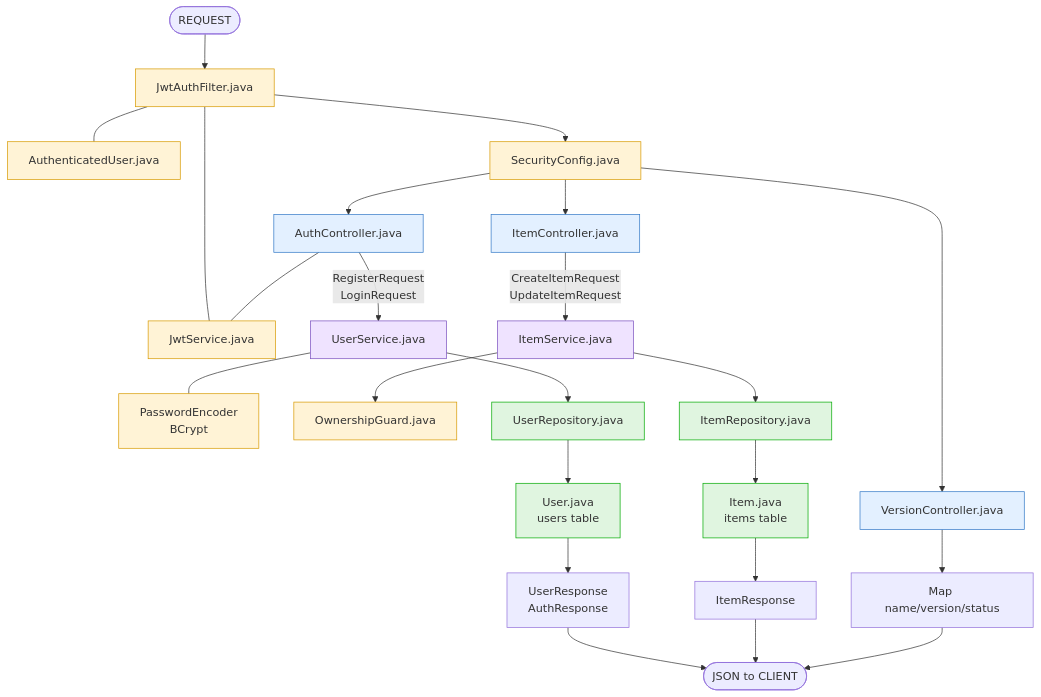
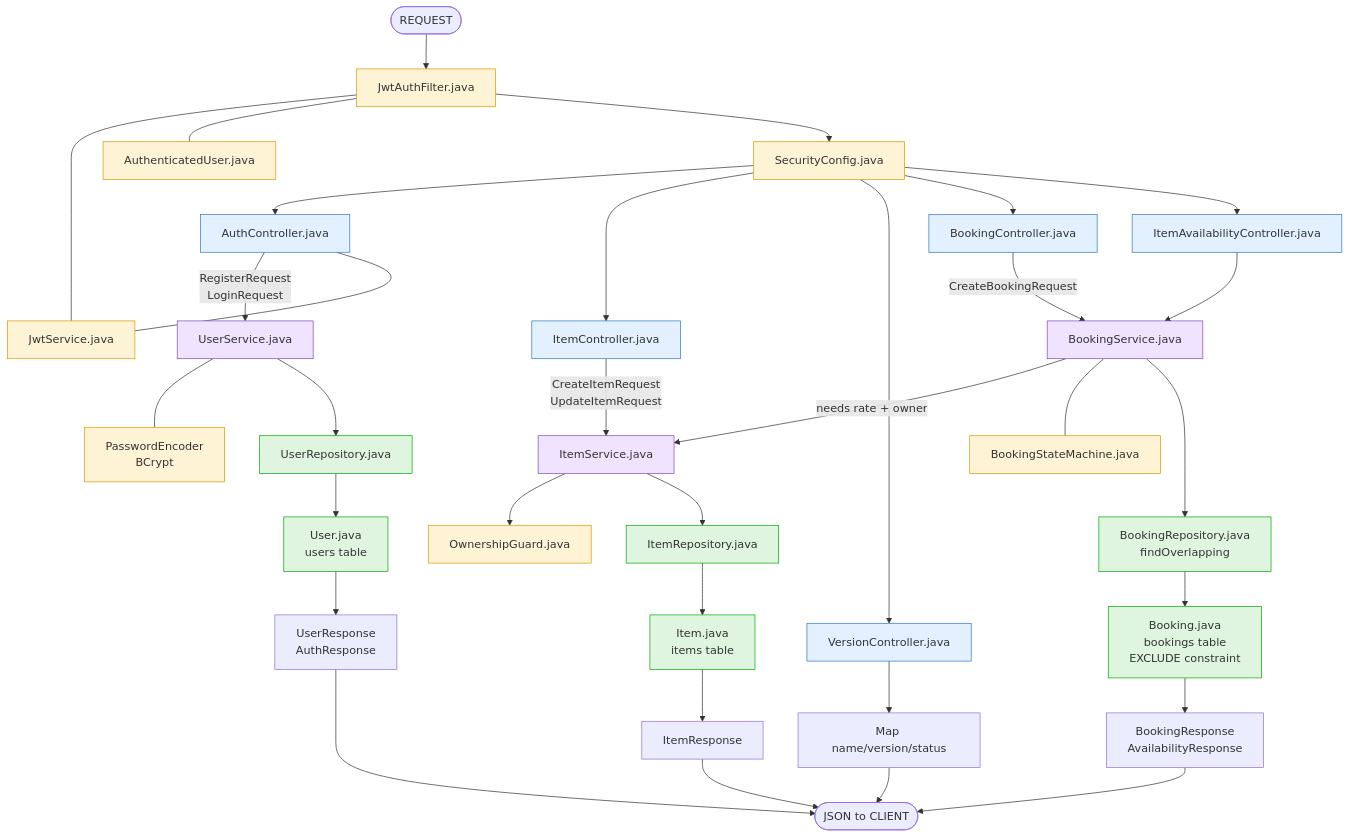
The second of 13 diagrams in docs/API_FLOW.md (RajatRajSharma/rentFlowBackend), drawn with Mermaid before and after one commit. The commit also changed other lines of this file and 19 other files, not shown here.

````diff
--- a/docs/API_FLOW.md
+++ b/docs/API_FLOW.md
@@ -66,48 +66,58 @@
 ```mermaid
 flowchart TD
     REQ(["REQUEST"]) --> JAF
 
     JAF["JwtAuthFilter.java"]
     JWT["JwtService.java"]
     AU["AuthenticatedUser.java"]
     SC["SecurityConfig.java"]
 
     JAF --- JWT
     JAF --- AU
     JAF --> SC
 
     SC --> AC["AuthController.java"]
     SC --> IC["ItemController.java"]
     SC --> VC["VersionController.java"]
+    SC --> BC["BookingController.java"]
+    SC --> AVC["ItemAvailabilityController.java"]
 
     AC -->|"RegisterRequest<br/>LoginRequest"| US["UserService.java"]
     IC -->|"CreateItemRequest<br/>UpdateItemRequest"| IS["ItemService.java"]
+    BC -->|"CreateBookingRequest"| BS["BookingService.java"]
+    AVC --> BS
 
     US --- PE["PasswordEncoder<br/>BCrypt"]
     AC --- JWT
     IS --> OG["OwnershipGuard.java"]
+    BS -->|"needs rate + owner"| IS
+    BS --- BSM["BookingStateMachine.java"]
 
     US --> UR["UserRepository.java"]
     IS --> IR["ItemRepository.java"]
+    BS --> BR["BookingRepository.java<br/>findOverlapping"]
 
     UR --> UE["User.java<br/>users table"]
     IR --> IE["Item.java<br/>items table"]
+    BR --> BE["Booking.java<br/>bookings table<br/>EXCLUDE constraint"]
 
     UE --> UDTO["UserResponse<br/>AuthResponse"]
     IE --> IDTO["ItemResponse"]
+    BE --> BDTO["BookingResponse<br/>AvailabilityResponse"]
     VC --> VDTO["Map name/version/status"]
 
     UDTO --> OUT
     IDTO --> OUT
+    BDTO --> OUT
     VDTO --> OUT
     OUT(["JSON to CLIENT"])
 
     classDef sec fill:#fff3d6,stroke:#d89a00
     classDef ctrl fill:#e3f0ff,stroke:#3178c6
     classDef svc fill:#efe3ff,stroke:#7a4fbf
     classDef repo fill:#e0f5e0,stroke:#0a0
-    class JAF,JWT,AU,SC,OG,PE sec
-    class AC,IC,VC ctrl
-    class US,IS svc
-    class UR,IR,UE,IE repo
+    class JAF,JWT,AU,SC,OG,PE,BSM sec
+    class AC,IC,VC,BC,AVC ctrl
+    class US,IS,BS svc
+    class UR,IR,BR,UE,IE,BE repo
 ```
````
